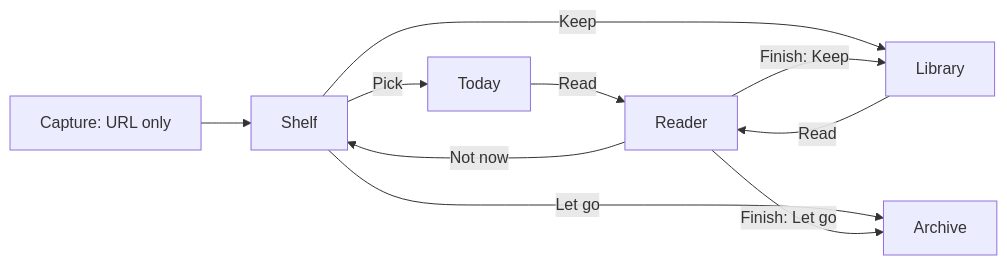
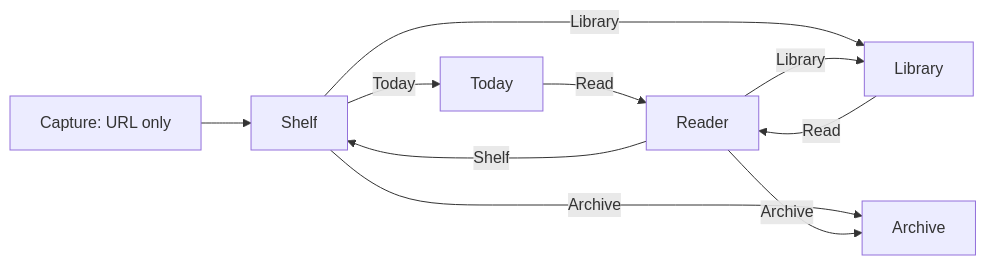
The diagram in docs/architecture/focus-first-ui.md (hauntedfail/Trauma), drawn with Mermaid before and after one commit. The commit also changed other lines of this file and 4 other files, not shown here.

````diff
--- a/docs/architecture/focus-first-ui.md
+++ b/docs/architecture/focus-first-ui.md
@@ -95,12 +95,12 @@
 ```mermaid
 flowchart LR
   Capture["Capture: URL only"] --> Shelf
-  Shelf -- "Pick" --> Today
-  Shelf -- "Keep" --> Library
-  Shelf -- "Let go" --> Archive
+  Shelf -- "Today" --> Today
+  Shelf -- "Library" --> Library
+  Shelf -- "Archive" --> Archive
   Today -- "Read" --> Reader
-  Reader -- "Finish: Keep" --> Library
-  Reader -- "Finish: Let go" --> Archive
-  Reader -- "Not now" --> Shelf
+  Reader -- "Library" --> Library
+  Reader -- "Archive" --> Archive
+  Reader -- "Shelf" --> Shelf
   Library -- "Read" --> Reader
 ```
````
